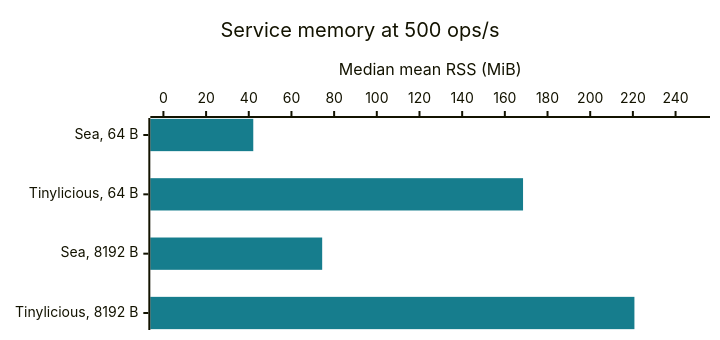
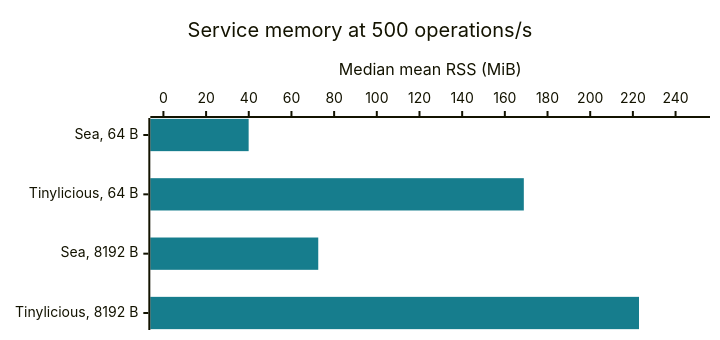
Before and after one commit to microsoft/FluidFramework: the fourth of 6 diagrams in rust-service/historical/PROJECT_OVERVIEW.md, drawn with Mermaid. The commit also changed other lines of this file and 4 other files, not shown here.

````diff
--- a/rust-service/historical/PROJECT_OVERVIEW.md
+++ b/rust-service/historical/PROJECT_OVERVIEW.md
@@ -210,15 +181,15 @@
 ```mermaid
 ---
 config:
   xyChart:
     height: 320
   themeVariables:
     xyChart:
       plotColorPalette: "#167d8d"
 ---
 xychart-beta horizontal
-  title "Service memory at 500 ops/s"
+  title "Service memory at 500 operations/s"
   x-axis ["Sea, 64 B", "Tinylicious, 64 B", "Sea, 8192 B", "Tinylicious, 8192 B"]
   y-axis "Median mean RSS (MiB)" 0 --> 250
-  bar [42.11, 168.53, 74.40, 220.72]
+  bar [39.94, 168.89, 72.56, 222.87]
 ```
````
